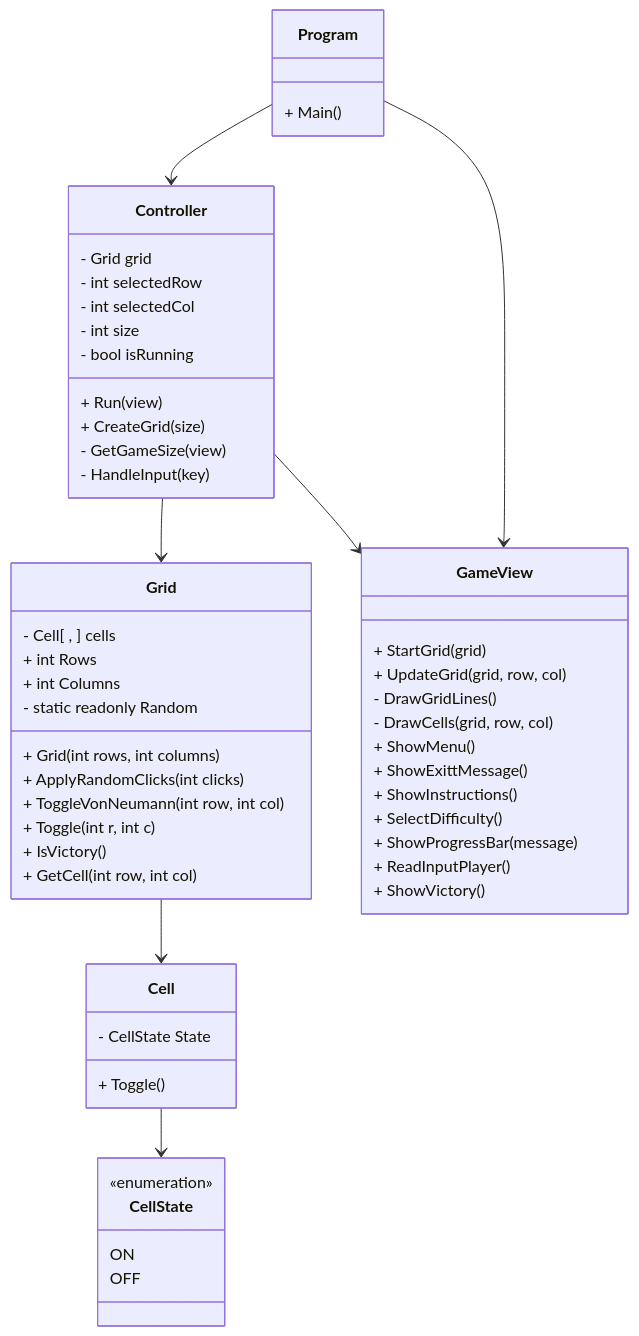
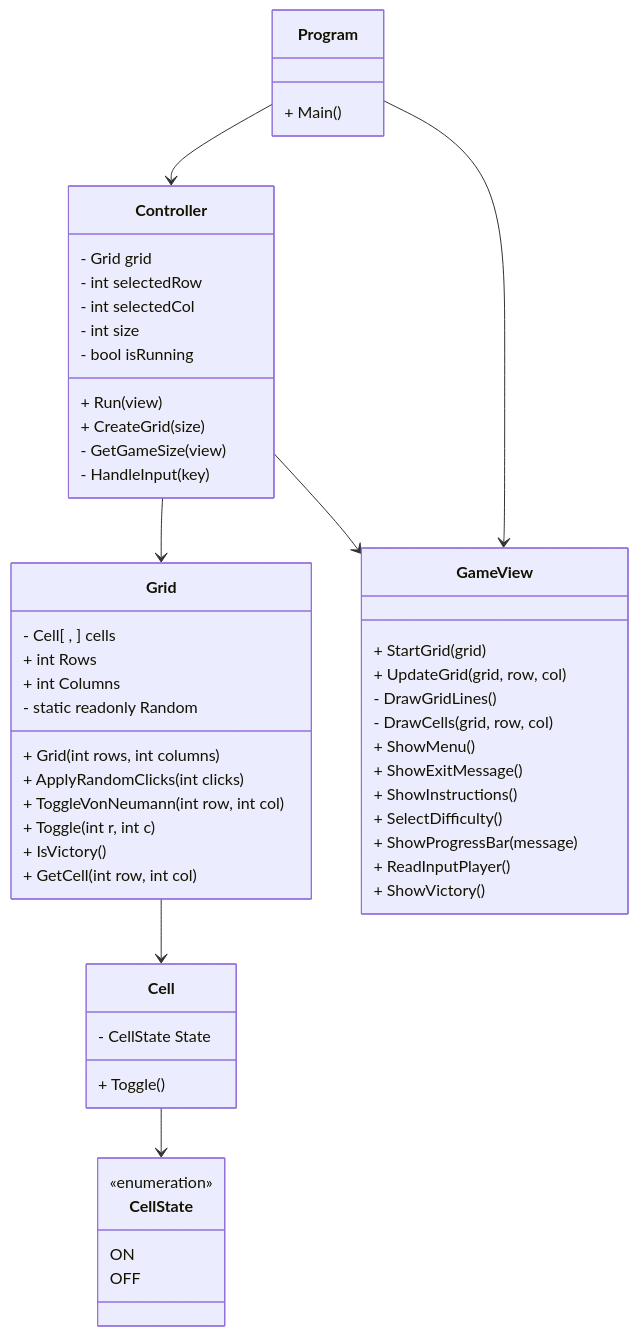
The diagram in README.md (Miguel4Rodrigues/blackout-lc-a22208721), drawn with Mermaid before and after one commit. The commit also changed other lines of this file, not shown here.

````diff
--- a/README.md
+++ b/README.md
@@ -95,64 +124,64 @@
 ```mermaid
 classDiagram
 
 class Grid {
   - Cell[ , ] cells
   + int Rows
   + int Columns
   - static readonly Random
   + Grid(int rows, int columns)
   + ApplyRandomClicks(int clicks)
   + ToggleVonNeumann(int row, int col)
   + Toggle(int r, int c)
   + IsVictory()
   + GetCell(int row, int col)
 }
 
 class Cell {
   - CellState State
   + Toggle()
 }
 
 class GameView {
   + StartGrid(grid)
   + UpdateGrid(grid, row, col)
   - DrawGridLines()
   - DrawCells(grid, row, col)
   + ShowMenu()
-  + ShowExittMessage()
+  + ShowExitMessage()
   + ShowInstructions()
   + SelectDifficulty()
   + ShowProgressBar(message)
   + ReadInputPlayer()
   + ShowVictory()
 }
 
 class Controller {
   - Grid grid
   - int selectedRow
   - int selectedCol
   - int size
   - bool isRunning
   + Run(view)
   + CreateGrid(size)
   - GetGameSize(view)
   - HandleInput(key)
 }
 
 class CellState {
   <<enumeration>>
   ON
   OFF
 }
 
 class Program {
   + Main()
 }
 
 Program --> Controller
 Program --> GameView
 Controller --> Grid
 Grid --> Cell
 Cell --> CellState
 Controller --> GameView
 ```
````
